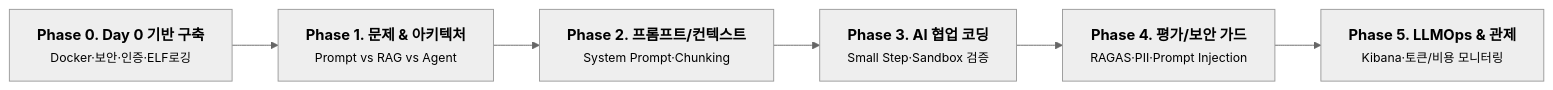
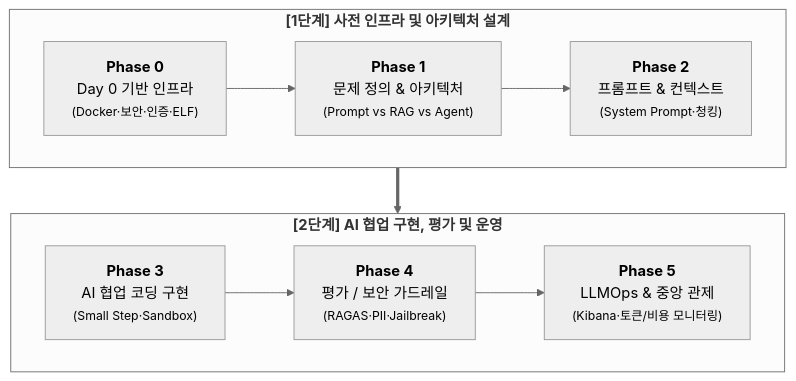
One commit to DevDooly/llm-dev-cli changed the diagram in llm_dev/templates/docs/README.md. Above: the diagram before and after it, drawn with Mermaid (neutral theme). The commit also changed 9 other files, not shown here.

Commit message:
fix(docs): Mermaid 다이어그램 2단 멀티라인 레이아웃 개편 및 가시성/간격 최적화

````diff
--- a/llm_dev/templates/docs/README.md
+++ b/llm_dev/templates/docs/README.md
@@ -37,11 +37,14 @@
 ```mermaid
-flowchart LR
-    P0["<b>Phase 0. Day 0 기반 구축</b><br><small>Docker·보안·인증·ELF로깅</small>"]
-    P1["<b>Phase 1. 문제 & 아키텍처</b><br><small>Prompt vs RAG vs Agent</small>"]
-    P2["<b>Phase 2. 프롬프트/컨텍스트</b><br><small>System Prompt·Chunking</small>"]
-    P3["<b>Phase 3. AI 협업 코딩</b><br><small>Small Step·Sandbox 검증</small>"]
-    P4["<b>Phase 4. 평가/보안 가드</b><br><small>RAGAS·PII·Prompt Injection</small>"]
-    P5["<b>Phase 5. LLMOps & 관제</b><br><small>Kibana·토큰/비용 모니터링</small>"]
+flowchart TD
+    subgraph Part1 ["<b>[1단계] 사전 인프라 및 아키텍처 설계</b>"]
+        direction LR
+        P0["<b>Phase 0</b><br>Day 0 기반 인프라<br><small>(Docker·보안·인증·ELF)</small>"] --> P1["<b>Phase 1</b><br>문제 정의 & 아키텍처<br><small>(Prompt vs RAG vs Agent)</small>"] --> P2["<b>Phase 2</b><br>프롬프트 & 컨텍스트<br><small>(System Prompt·청킹)</small>"]
+    end
 
-    P0 --> P1 --> P2 --> P3 --> P4 --> P5
+    subgraph Part2 ["<b>[2단계] AI 협업 구현, 평가 및 운영</b>"]
+        direction LR
+        P3["<b>Phase 3</b><br>AI 협업 코딩 구현<br><small>(Small Step·Sandbox)</small>"] --> P4["<b>Phase 4</b><br>평가 / 보안 가드레일<br><small>(RAGAS·PII·Jailbreak)</small>"] --> P5["<b>Phase 5</b><br>LLMOps & 중앙 관제<br><small>(Kibana·토큰/비용 모니터링)</small>"]
+    end
+
+    Part1 ==> Part2
 ```
````
